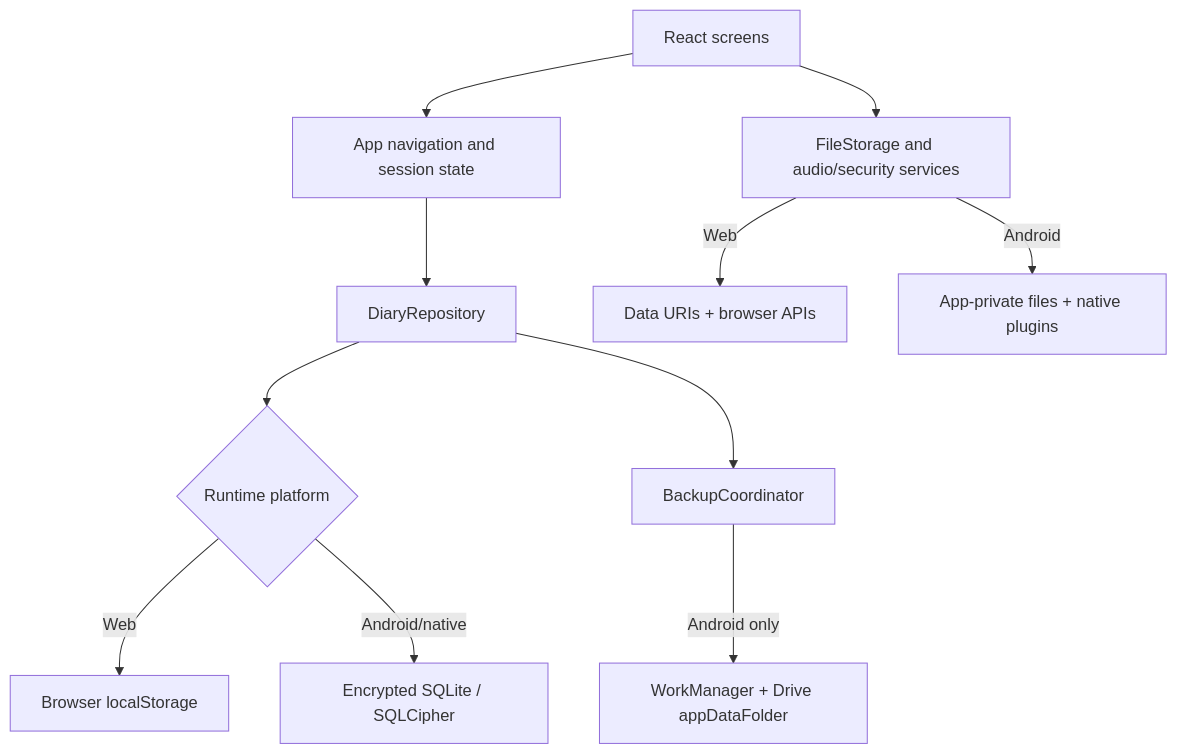
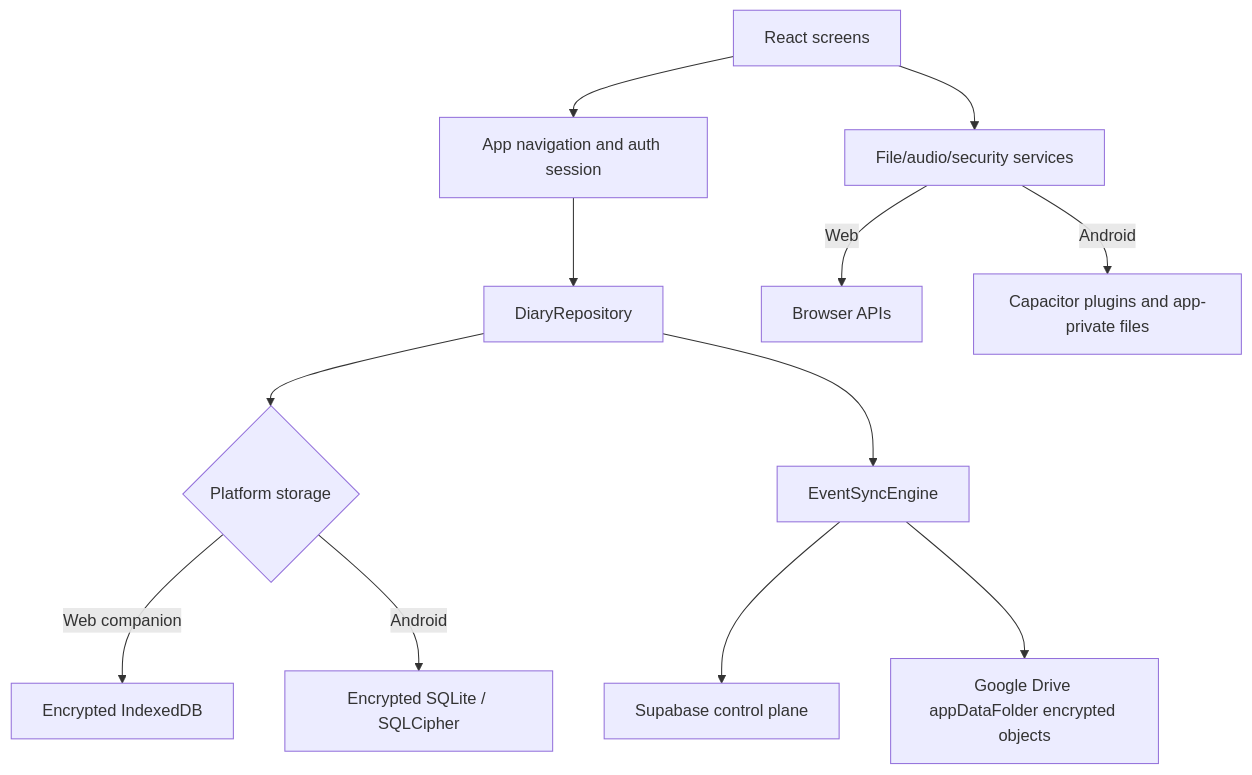
One commit to dsadasivani/dear-diary-web changed the diagram in readme.md. Above: the diagram before and after it, drawn with Mermaid. The commit also changed other lines of this file and 170 other files, not shown here.

````diff
--- a/readme.md
+++ b/readme.md
@@ -166,13 +103,14 @@
 ```mermaid
 flowchart TD
-    UI[React screens] --> APP[App navigation and session state]
+    UI[React screens] --> APP[App navigation and auth session]
     APP --> REPO[DiaryRepository]
-    REPO --> WEB{Runtime platform}
-    WEB -->|Web| LS[Browser localStorage]
-    WEB -->|Android/native| SQL[Encrypted SQLite / SQLCipher]
-    UI --> MEDIA[FileStorage and audio/security services]
-    MEDIA -->|Web| DATAURI[Data URIs + browser APIs]
-    MEDIA -->|Android| FILES[App-private files + native plugins]
-    REPO --> COORD[BackupCoordinator]
-    COORD -->|Android only| WM[WorkManager + Drive appDataFolder]
+    REPO --> STORE{Platform storage}
+    STORE -->|Web companion| IDB[Encrypted IndexedDB]
+    STORE -->|Android| SQL[Encrypted SQLite / SQLCipher]
+    UI --> MEDIA[File/audio/security services]
+    MEDIA -->|Web| WEBAPI[Browser APIs]
+    MEDIA -->|Android| NATIVE[Capacitor plugins and app-private files]
+    REPO --> SYNC[EventSyncEngine]
+    SYNC --> SUPA[Supabase control plane]
+    SYNC --> DRIVE[Google Drive appDataFolder encrypted objects]
 ```
````
